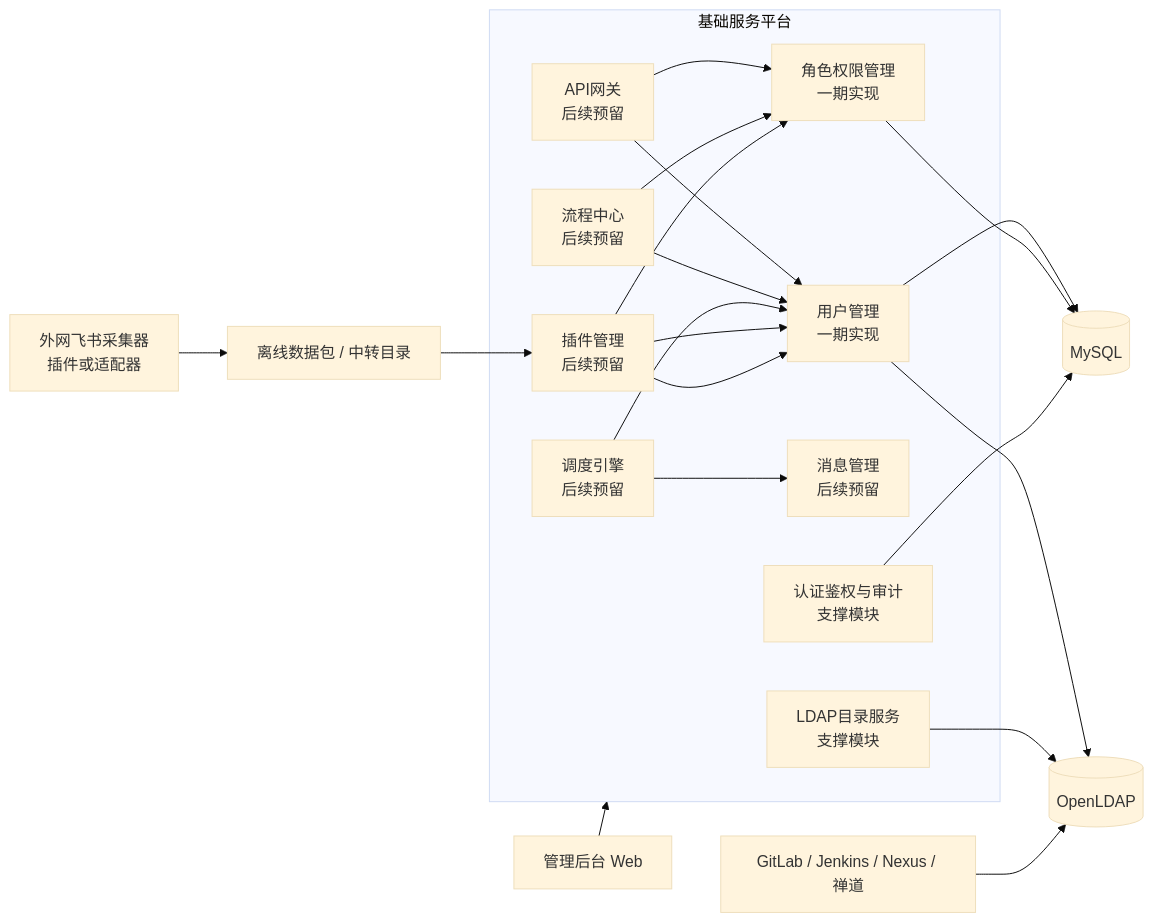
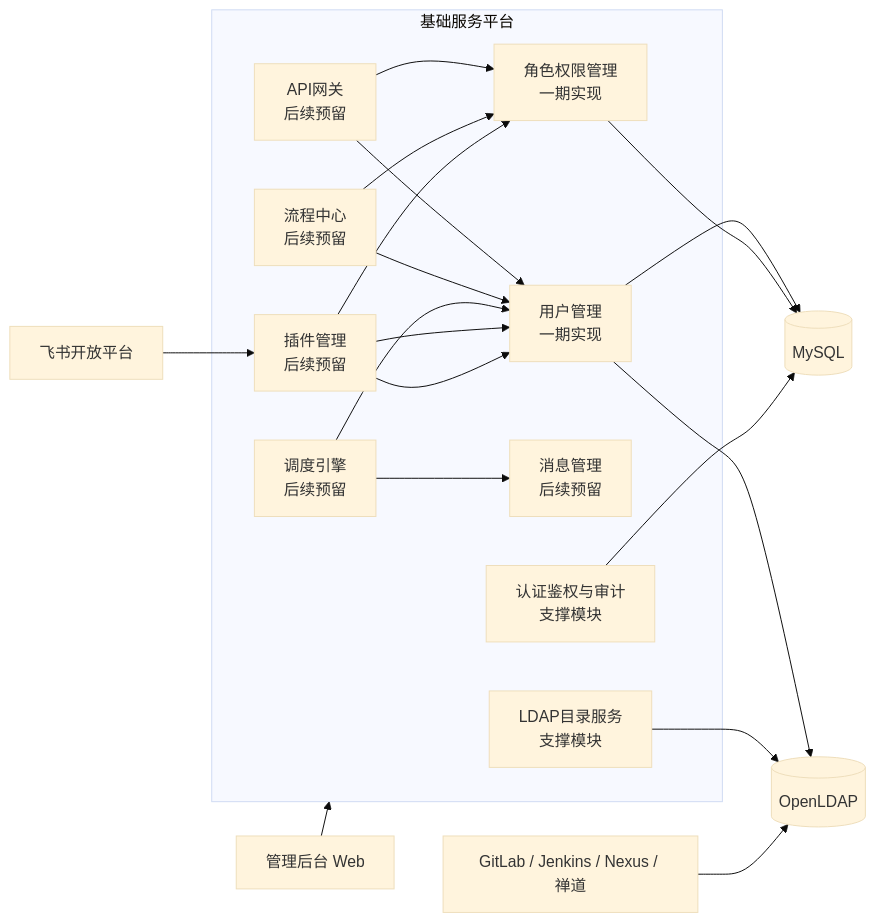
The first of 5 diagrams in docs/project-design.md (BR184/LDAP), drawn with Mermaid (base theme) before and after one commit. The commit also changed other lines of this file and 35 other files, not shown here.

````diff
--- a/docs/project-design.md
+++ b/docs/project-design.md
@@ -135,35 +135,34 @@
 ```mermaid
 flowchart LR
     A[管理后台 Web] --> B[基础服务平台]
 
     subgraph B [基础服务平台]
         U[用户管理<br/>一期实现]
         R[角色权限管理<br/>一期实现]
         G[API网关<br/>后续预留]
         M[消息管理<br/>后续预留]
         W[流程中心<br/>后续预留]
         S[调度引擎<br/>后续预留]
         P[插件管理<br/>后续预留]
         L[LDAP目录服务<br/>支撑模块]
         AU[认证鉴权与审计<br/>支撑模块]
     end
 
     U --> C[(MySQL)]
     R --> C
     AU --> C
     U --> D[(OpenLDAP)]
     L --> D
     G --> U
     G --> R
     W --> U
     W --> R
     S --> U
     S --> M
     P --> U
     P --> R
 
     E[GitLab / Jenkins / Nexus / 禅道] --> D
-    F[外网飞书采集器<br/>插件或适配器] --> H[离线数据包 / 中转目录]
-    H --> P
+    F[飞书开放平台] --> P
     P --> U
 ```
````
